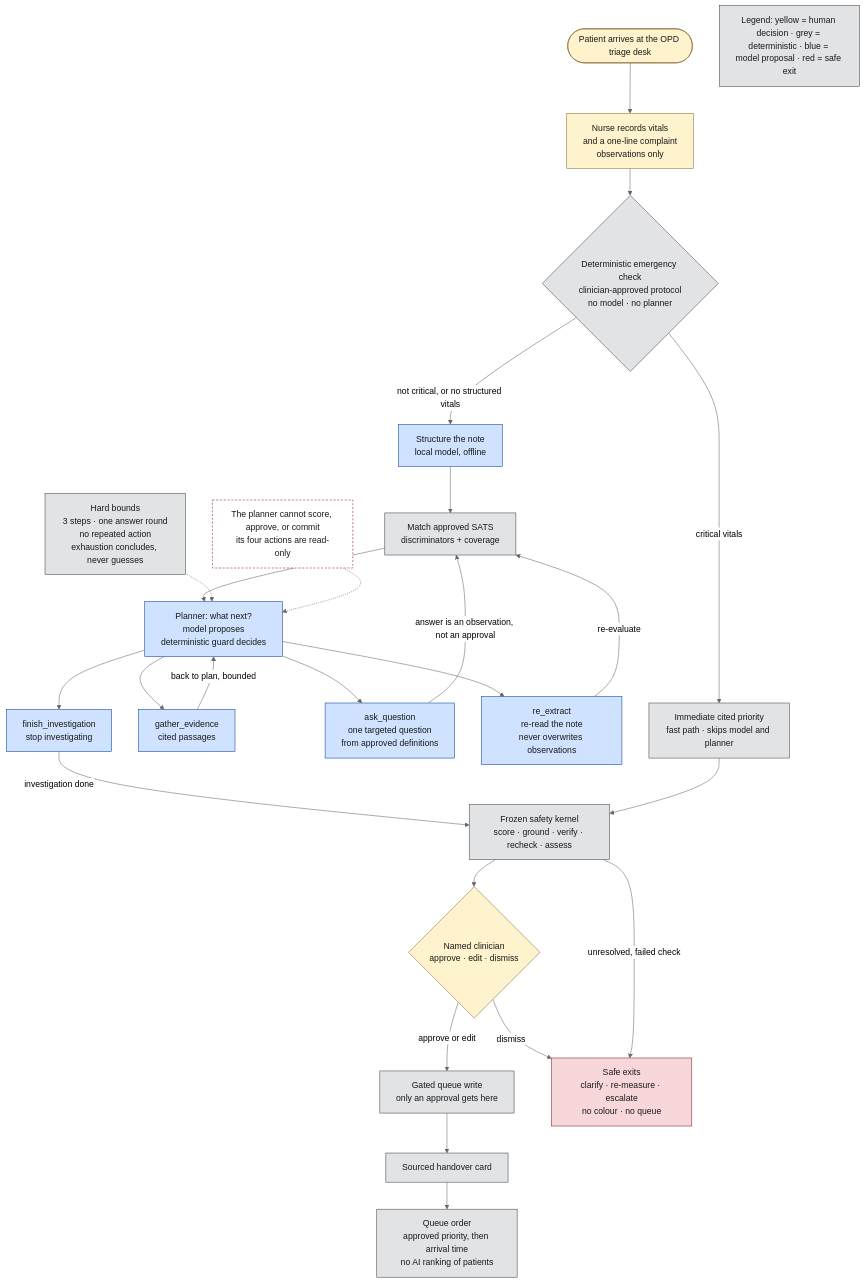
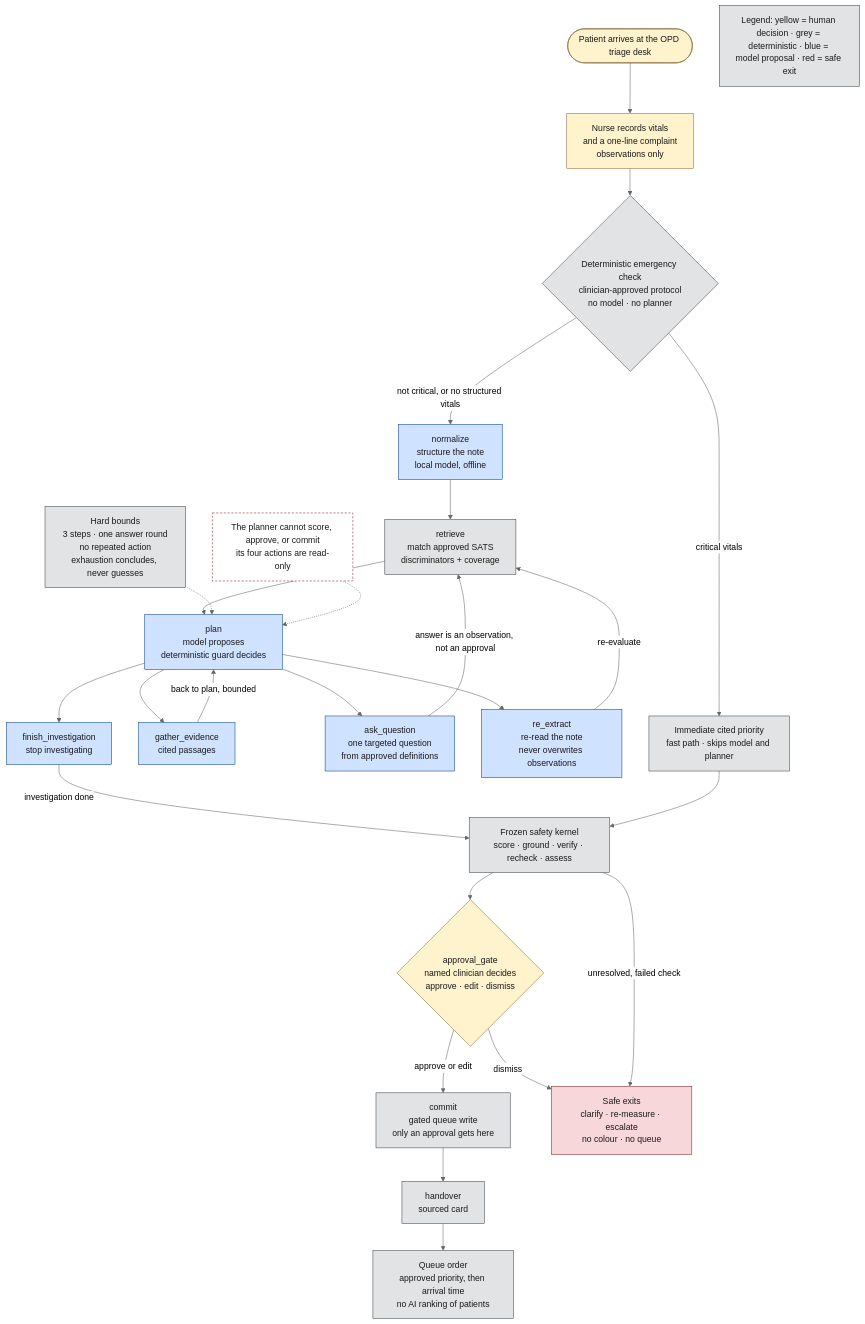
Before and after one commit to BrianMuigai/TriageDesk: the diagram in docs/assets/architecture-workflow.mmd, drawn with Mermaid (neutral theme). The commit also changed 8 other files, not shown here.

```diff
--- a/docs/assets/architecture-workflow.mmd
+++ b/docs/assets/architecture-workflow.mmd
@@ -1,59 +1,59 @@
 %% Diagram A — Adaptive Clinical Workflow (PROPOSED, v1.3)
 %% Audience: competition judge, clinician, product reviewer. Readable in under a minute.
 %% One question this diagram answers: what happens to one patient, in order?
 %% Detail lives in architecture-components.mmd and architecture-v1.3.mmd.
 flowchart TD
     START(["Patient arrives at the OPD triage desk"])
     OBS["Nurse records vitals<br/>and a one-line complaint<br/>observations only"]
     EMERG{"Deterministic emergency check<br/>clinician-approved protocol<br/>no model · no planner"}
     FAST["Immediate cited priority<br/>fast path · skips model and planner"]
-    NORM["Structure the note<br/>local model, offline"]
-    MATCH["Match approved SATS<br/>discriminators + coverage"]
-    PLAN["Planner: what next?<br/>model proposes<br/>deterministic guard decides"]
+    NORM["normalize<br/>structure the note<br/>local model, offline"]
+    MATCH["retrieve<br/>match approved SATS<br/>discriminators + coverage"]
+    PLAN["plan<br/>model proposes<br/>deterministic guard decides"]
     A1["gather_evidence<br/>cited passages"]
     A2["ask_question<br/>one targeted question<br/>from approved definitions"]
     A3["re_extract<br/>re-read the note<br/>never overwrites observations"]
     A4["finish_investigation<br/>stop investigating"]
     BUDGET["Hard bounds<br/>3 steps · one answer round<br/>no repeated action<br/>exhaustion concludes, never guesses"]
     KERNEL["Frozen safety kernel<br/>score · ground · verify · recheck · assess"]
-    GATE{"Named clinician<br/>approve · edit · dismiss"}
-    COMMIT["Gated queue write<br/>only an approval gets here"]
-    CARD["Sourced handover card"]
+    GATE{"approval_gate<br/>named clinician decides<br/>approve · edit · dismiss"}
+    COMMIT["commit<br/>gated queue write<br/>only an approval gets here"]
+    CARD["handover<br/>sourced card"]
     QUEUE["Queue order<br/>approved priority, then arrival time<br/>no AI ranking of patients"]
     SAFE["Safe exits<br/>clarify · re-measure · escalate<br/>no colour · no queue"]
     NOTE["The planner cannot score, approve, or commit<br/>its four actions are read-only"]
     LEGEND["Legend: yellow = human decision · grey = deterministic · blue = model proposal · red = safe exit"]
 
     START --> OBS --> EMERG
     EMERG -->|"critical vitals"| FAST
     EMERG -->|"not critical, or no structured vitals"| NORM
     NORM --> MATCH --> PLAN
     PLAN --> A1
     PLAN --> A2
     PLAN --> A3
     PLAN --> A4
     A1 -->|"back to plan, bounded"| PLAN
     A3 -->|"re-evaluate"| MATCH
     A2 -->|"answer is an observation, not an approval"| MATCH
     A4 -->|"investigation done"| KERNEL
     FAST --> KERNEL
     BUDGET -.-> PLAN
     NOTE -.-> PLAN
     KERNEL --> GATE
     GATE -->|"approve or edit"| COMMIT
     GATE -->|"dismiss"| SAFE
     KERNEL -->|"unresolved, failed check"| SAFE
     COMMIT --> CARD --> QUEUE
 
     classDef human fill:#fff3cd,stroke:#8a6d3b,color:#1a1a1a
     classDef det fill:#e2e3e5,stroke:#41464b,color:#1a1a1a
     classDef ai fill:#cfe2ff,stroke:#084298,color:#1a1a1a
     classDef fail fill:#f8d7da,stroke:#842029,color:#1a1a1a
 
     class START,OBS,GATE human
     class EMERG,MATCH,KERNEL,COMMIT,QUEUE,FAST,CARD,BUDGET det
     class NORM,PLAN,A1,A2,A3,A4 ai
     class SAFE fail
     classDef note fill:#ffffff,stroke:#842029,stroke-dasharray:4 3,color:#1a1a1a
     class NOTE note
     class LEGEND det
```
